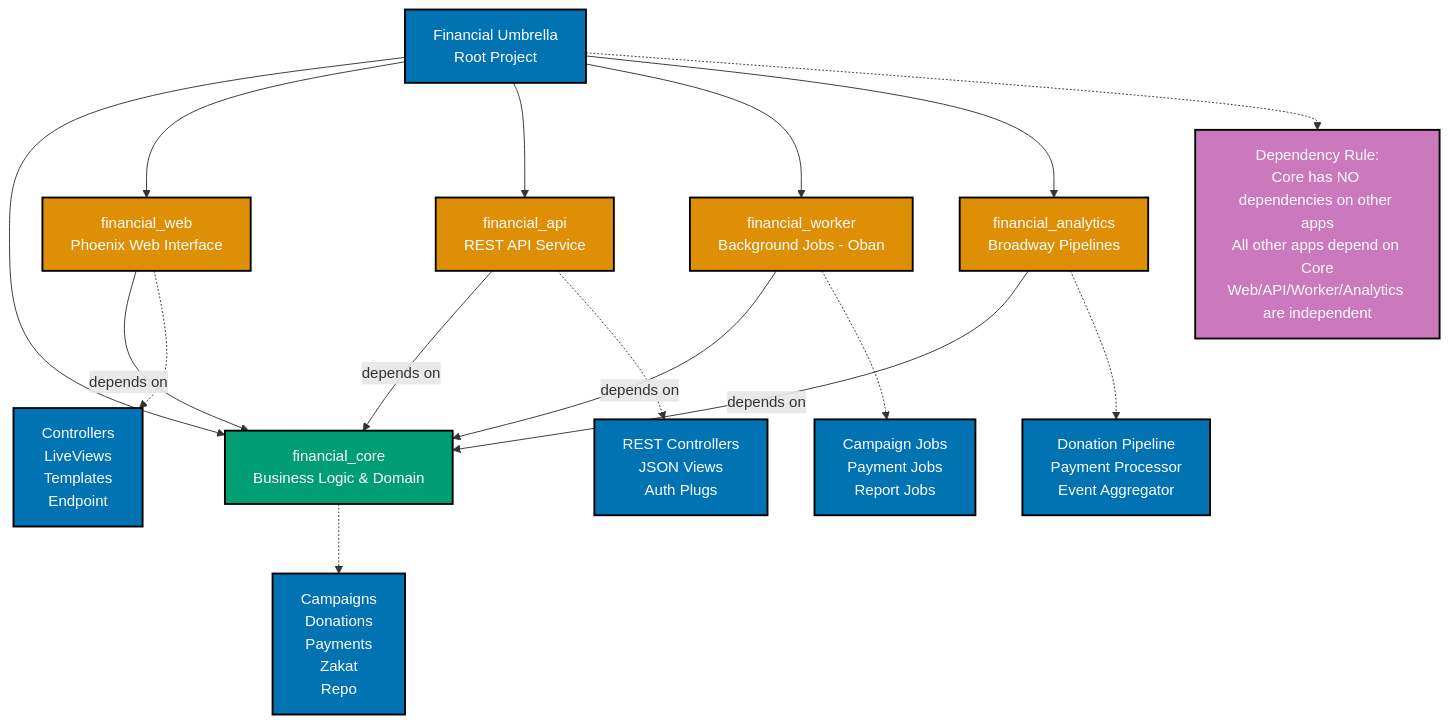
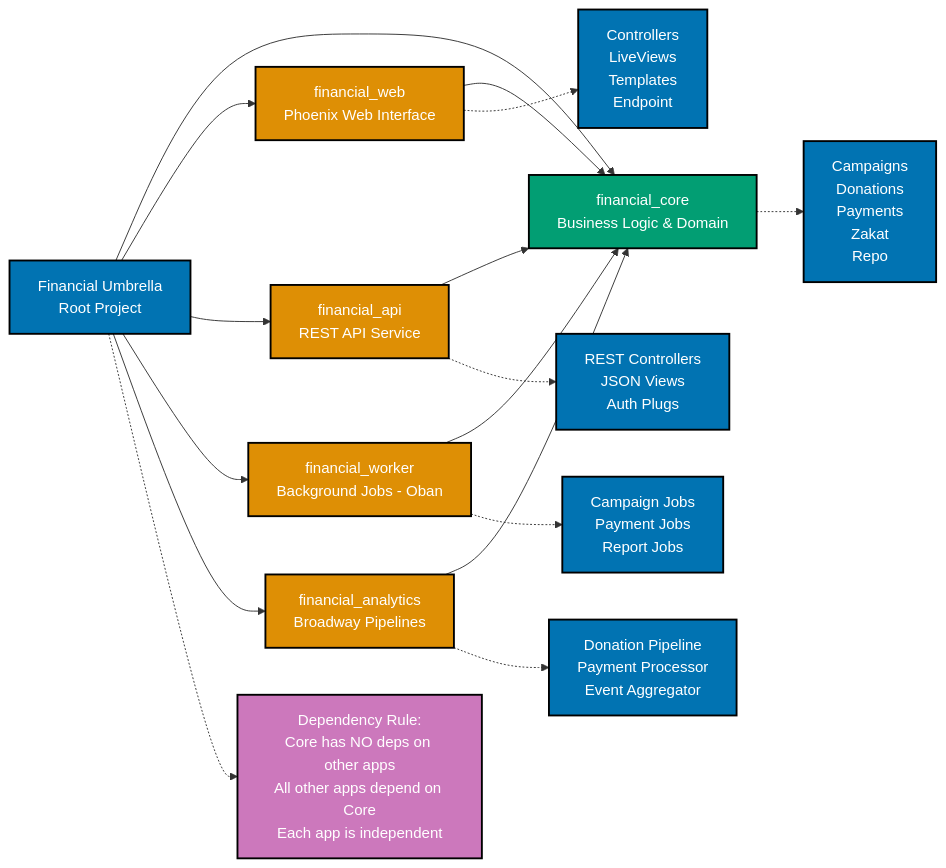
The sixth of 6 diagrams in docs/explanation/software-engineering/programming-languages/elixir/otp-application.md (wahidyankf/ose-primer), drawn with Mermaid before and after one commit. The commit also changed other lines of this file and 6 other files, not shown here.

Commit message:
fix(docs): fix mermaid violations in elixir/ docs (batch 8/10)

````diff
--- a/docs/explanation/software-engineering/programming-languages/elixir/otp-application.md
+++ b/docs/explanation/software-engineering/programming-languages/elixir/otp-application.md
@@ -516,52 +516,52 @@
 ```mermaid
 %% Color Palette: Blue #0173B2, Orange #DE8F05, Teal #029E73, Purple #CC78BC
 %% All colors are color-blind friendly and meet WCAG AA contrast standards
-graph TD
+graph LR
     ROOT[Financial Umbrella<br/>Root Project]
 
     CORE[financial_core<br/>Business Logic & Domain]
     WEB[financial_web<br/>Phoenix Web Interface]
     API[financial_api<br/>REST API Service]
     WORKER[financial_worker<br/>Background Jobs - Oban]
     ANALYTICS[financial_analytics<br/>Broadway Pipelines]
 
     ROOT --> CORE
     ROOT --> WEB
     ROOT --> API
     ROOT --> WORKER
     ROOT --> ANALYTICS
 
-    WEB -->|depends on| CORE
-    API -->|depends on| CORE
-    WORKER -->|depends on| CORE
-    ANALYTICS -->|depends on| CORE
+    WEB --> CORE
+    API --> CORE
+    WORKER --> CORE
+    ANALYTICS --> CORE
 
     CORE_MODULES[Campaigns<br/>Donations<br/>Payments<br/>Zakat<br/>Repo]
     WEB_MODULES[Controllers<br/>LiveViews<br/>Templates<br/>Endpoint]
     API_MODULES[REST Controllers<br/>JSON Views<br/>Auth Plugs]
     WORKER_MODULES[Campaign Jobs<br/>Payment Jobs<br/>Report Jobs]
     ANALYTICS_MODULES[Donation Pipeline<br/>Payment Processor<br/>Event Aggregator]
 
     CORE -.-> CORE_MODULES
     WEB -.-> WEB_MODULES
     API -.-> API_MODULES
     WORKER -.-> WORKER_MODULES
     ANALYTICS -.-> ANALYTICS_MODULES
 
-    Note1[Dependency Rule:<br/>Core has NO dependencies on other apps<br/>All other apps depend on Core<br/>Web/API/Worker/Analytics are independent]
+    Note1[Dependency Rule:<br/>Core has NO deps on other apps<br/>All other apps depend on Core<br/>Each app is independent]
 
     ROOT -.-> Note1
 
     style ROOT fill:#0173B2,stroke:#000000,color:#FFFFFF,stroke-width:2px
     style CORE fill:#029E73,stroke:#000000,color:#FFFFFF,stroke-width:2px
     style WEB fill:#DE8F05,stroke:#000000,color:#FFFFFF,stroke-width:2px
     style API fill:#DE8F05,stroke:#000000,color:#FFFFFF,stroke-width:2px
     style WORKER fill:#DE8F05,stroke:#000000,color:#FFFFFF,stroke-width:2px
     style ANALYTICS fill:#DE8F05,stroke:#000000,color:#FFFFFF,stroke-width:2px
     style CORE_MODULES fill:#0173B2,stroke:#000000,color:#FFFFFF,stroke-width:2px
     style WEB_MODULES fill:#0173B2,stroke:#000000,color:#FFFFFF,stroke-width:2px
     style API_MODULES fill:#0173B2,stroke:#000000,color:#FFFFFF,stroke-width:2px
     style WORKER_MODULES fill:#0173B2,stroke:#000000,color:#FFFFFF,stroke-width:2px
     style ANALYTICS_MODULES fill:#0173B2,stroke:#000000,color:#FFFFFF,stroke-width:2px
     style Note1 fill:#CC78BC,stroke:#000000,color:#FFFFFF,stroke-width:2px
 ```
````
